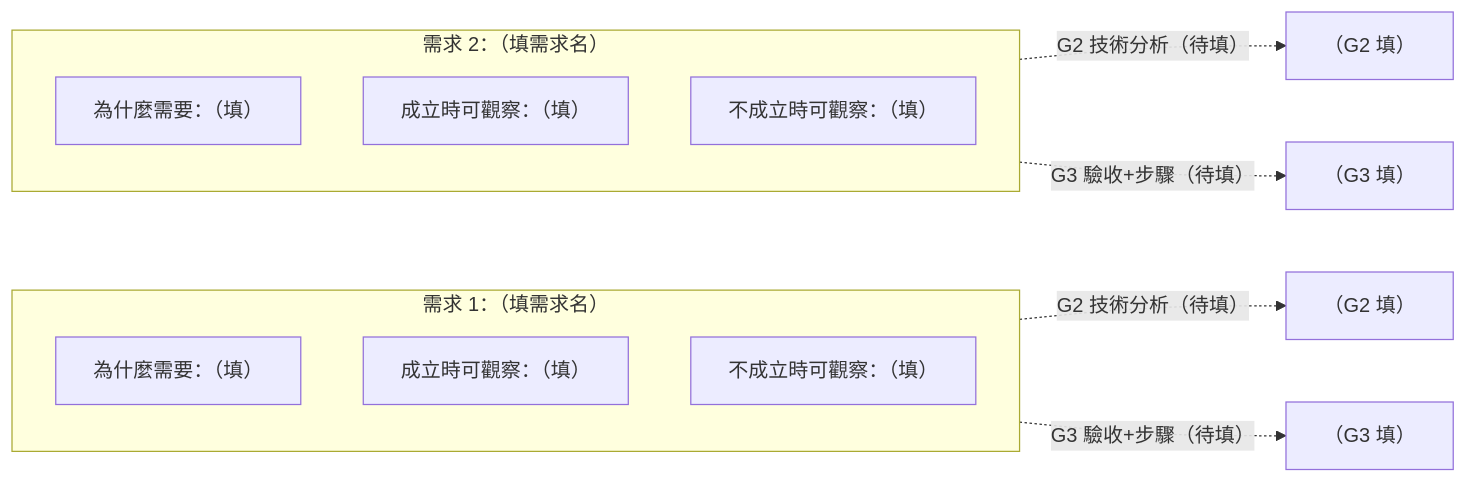
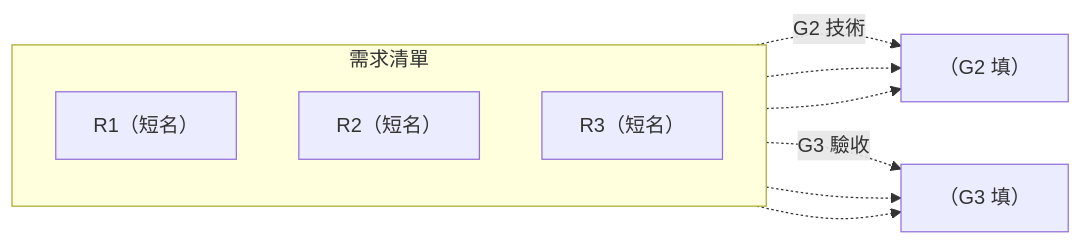
Before and after one commit to teps3105/shiftblame: the second of 4 diagrams in skills/shiftblame/assets/SLUG.md, drawn with Mermaid. The commit also changed other lines of this file and 12 other files, not shown here.

Commit message:
fix: 消除流水帳圖、範本改架構圖加文字內容

````diff
--- a/skills/shiftblame/assets/SLUG.md
+++ b/skills/shiftblame/assets/SLUG.md
@@ -142,19 +95,15 @@
 ```mermaid
 flowchart LR
-    subgraph Req1["需求 1：（填需求名）"]
+    subgraph Reqs["需求清單"]
         direction TB
-        R1Why["為什麼需要：（填）"]
-        R1Yes["成立時可觀察：（填）"]
-        R1No["不成立時可觀察：（填）"]
+        R1["R1（短名）"]
+        R2["R2（短名）"]
+        R3["R3（短名）"]
     end
-    subgraph Req2["需求 2：（填需求名）"]
-        direction TB
-        R2Why["為什麼需要：（填）"]
-        R2Yes["成立時可觀察：（填）"]
-        R2No["不成立時可觀察：（填）"]
-    end
-    Req1 -. "G2 技術分析（待填）" .-> G2A["（G2 填）"]
-    Req1 -. "G3 驗收+步驟（待填）" .-> G3A["（G3 填）"]
-    Req2 -. "G2 技術分析（待填）" .-> G2B["（G2 填）"]
-    Req2 -. "G3 驗收+步驟（待填）" .-> G3B["（G3 填）"]
+    R1 -.->|G2 技術| GA["（G2 填）"]
+    R1 -.->|G3 驗收| GM["（G3 填）"]
+    R2 -.-> GA
+    R2 -.-> GM
+    R3 -.-> GA
+    R3 -.-> GM
 ```
````
